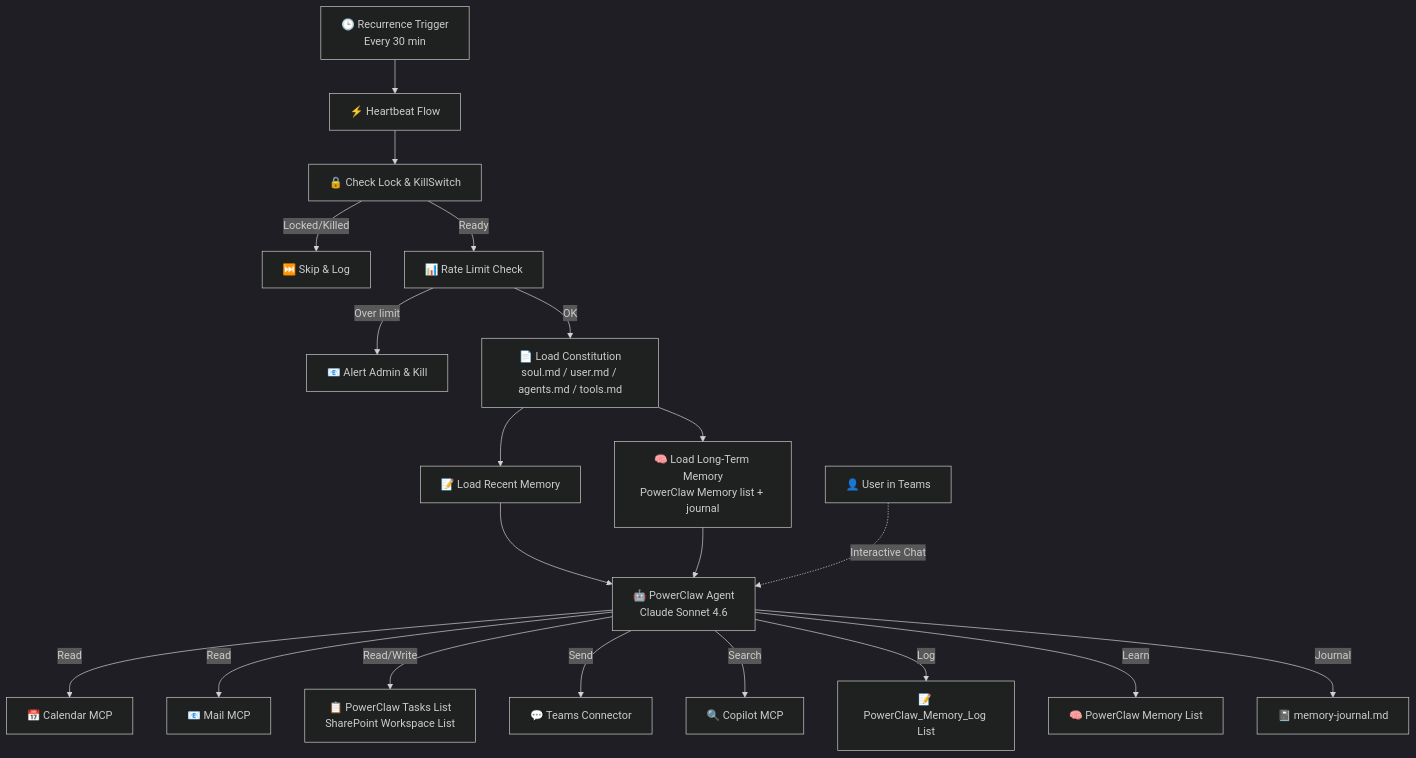
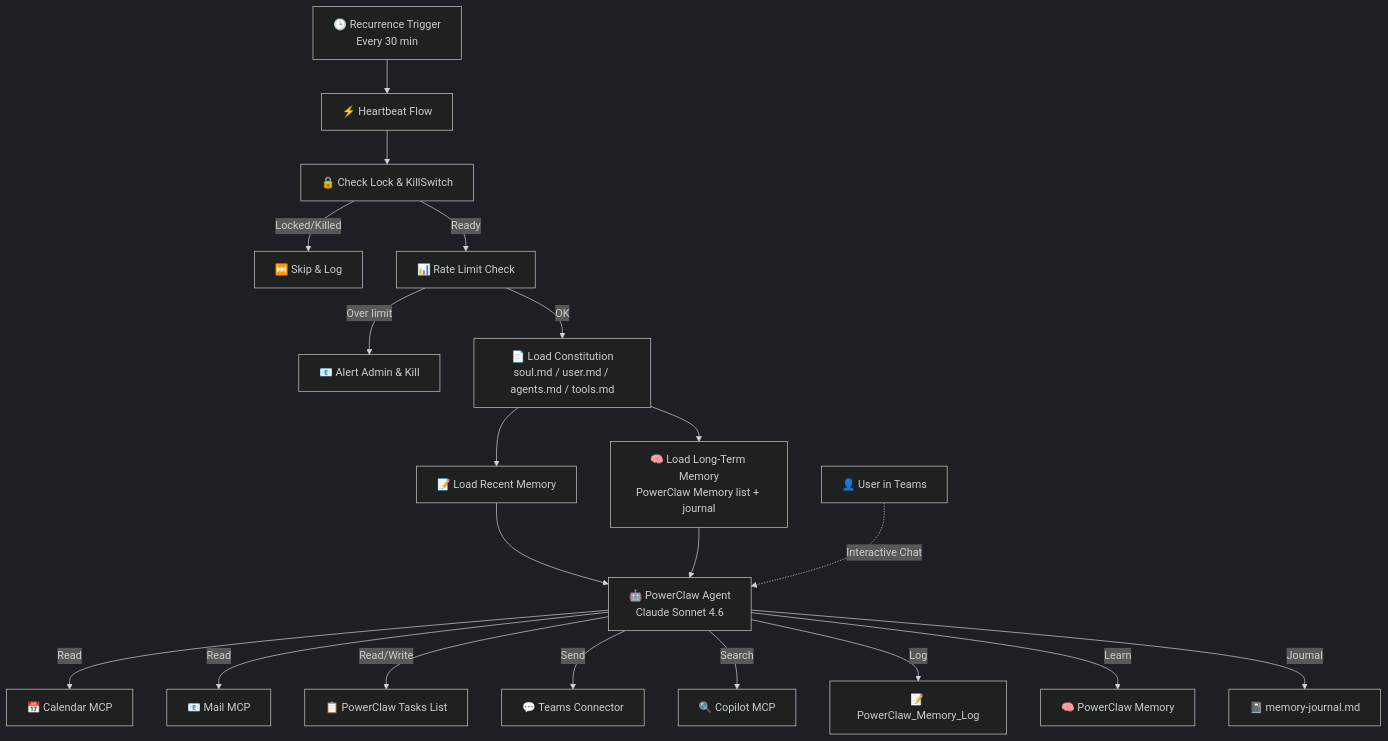
One commit to microsoft/FastTrack changed the diagram in copilot-agent-samples/copilot-studio-agents/ca-PowerClawAgent/SETUP.md. Above: the diagram before and after it, drawn with Mermaid (dark theme). The commit also changed other lines of this file and 4 other files, not shown here.

First line of the commit message:
docs: restructure PowerClaw README and SETUP for business + technical audiences

````diff
--- a/copilot-agent-samples/copilot-studio-agents/ca-PowerClawAgent/SETUP.md
+++ b/copilot-agent-samples/copilot-studio-agents/ca-PowerClawAgent/SETUP.md
@@ -245,25 +335,25 @@
 ```mermaid
 graph TD
     Trigger[🕒 Recurrence Trigger<br/>Every 30 min] --> Flow[⚡ Heartbeat Flow]
     Flow --> Lock[🔒 Check Lock & KillSwitch]
     Lock -->|Locked/Killed| Skip[⏭️ Skip & Log]
     Lock -->|Ready| RateLimit[📊 Rate Limit Check]
     RateLimit -->|Over limit| Alert[📧 Alert Admin & Kill]
     RateLimit -->|OK| Context[📄 Load Constitution<br/>soul.md / user.md / agents.md / tools.md]
     Context --> Memory[📝 Load Recent Memory]
     Context --> LTM[🧠 Load Long-Term Memory<br/>PowerClaw Memory list + journal]
     Memory --> Agent[🤖 PowerClaw Agent<br/>Claude Sonnet 4.6]
     LTM --> Agent
-    
+
     Agent -->|Read| Calendar[📅 Calendar MCP]
     Agent -->|Read| Mail[📧 Mail MCP]
-    Agent -->|Read/Write| Tasks[📋 PowerClaw Tasks List<br/>SharePoint Workspace List]
+    Agent -->|Read/Write| Tasks[📋 PowerClaw Tasks List]
     Agent -->|Send| Teams[💬 Teams Connector]
     Agent -->|Search| Copilot[🔍 Copilot MCP]
-    
-    Agent -->|Log| MemLog[📝 PowerClaw_Memory_Log List]
-    Agent -->|Learn| LTMStore[🧠 PowerClaw Memory List]
+
+    Agent -->|Log| MemLog[📝 PowerClaw_Memory_Log]
+    Agent -->|Learn| LTMStore[🧠 PowerClaw Memory]
     Agent -->|Journal| Journal[📓 memory-journal.md]
-    
+
     User[👤 User in Teams] -.->|Interactive Chat| Agent
 ```
````
